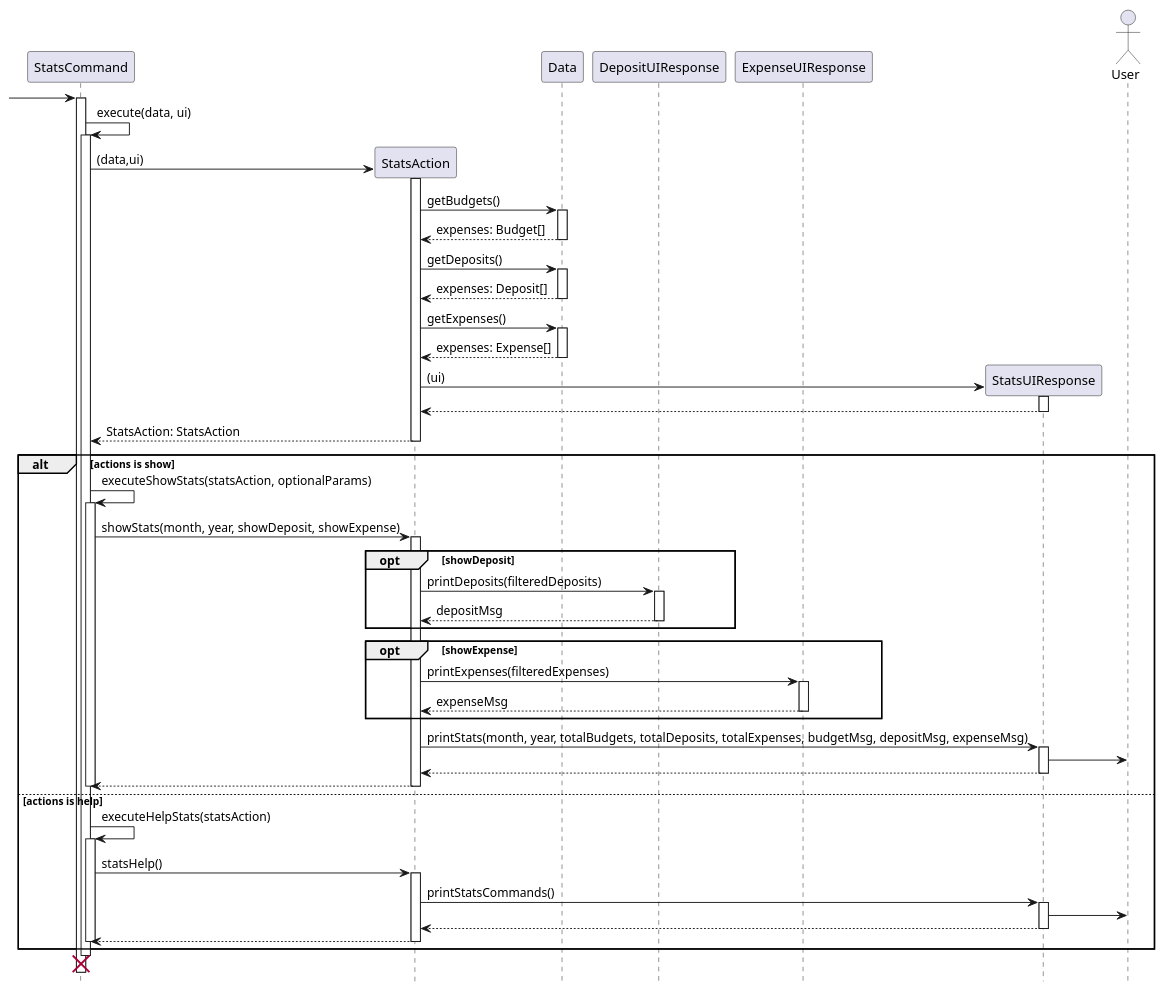
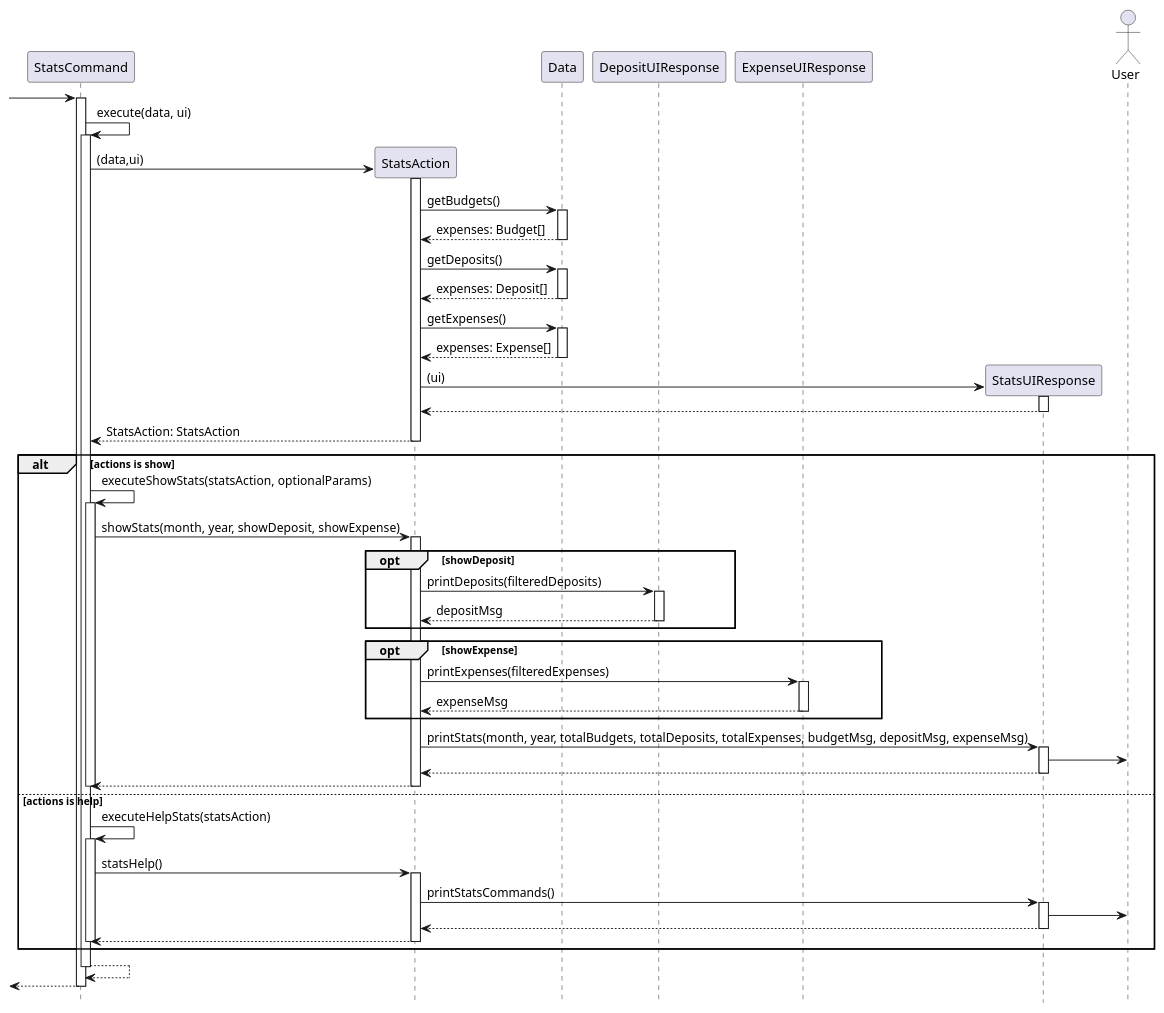
Before and after one commit to stephenkyang/tp: the diagram in docs/diagrams/StatsCommandSequence.puml, drawn with PlantUML. The commit also changed 7 other files, not shown here.

Commit message:
fix sequence diagrams

```diff
--- a/docs/diagrams/StatsCommandSequence.puml
+++ b/docs/diagrams/StatsCommandSequence.puml
@@ -1,85 +1,86 @@
 @startuml
 
 hide footbox
 
 participant StatsCommand
 participant StatsAction
 participant Data
 participant DepositUIResponse
 participant ExpenseUIResponse
 participant StatsUIResponse
 actor User
 
  -> "StatsCommand":
 
 activate "StatsCommand"
 "StatsCommand" -> "StatsCommand": execute(data, ui)
 activate  "StatsCommand"
 deactivate "Data"
 
 "StatsCommand" -> "StatsAction" ** : (data,ui)
 activate "StatsAction"
 
 "StatsAction" -> "Data": getBudgets()
 activate "Data"
 return expenses: Budget[]
 "StatsAction" -> "Data": getDeposits()
 activate "Data"
 return expenses: Deposit[]
 "StatsAction" -> "Data": getExpenses()
 activate "Data"
 return expenses: Expense[]
 
 "StatsAction" -> "StatsUIResponse" ** : (ui)
 activate "StatsUIResponse"
 "StatsUIResponse" --> "StatsAction"
 deactivate "StatsUIResponse"
 
 return StatsAction: StatsAction
 deactivate "StatsAction"
 
 
 alt actions is show
 "StatsCommand" -> "StatsCommand": executeShowStats(statsAction, optionalParams)
 activate "StatsCommand"
 "StatsCommand" -> "StatsAction" : showStats(month, year, showDeposit, showExpense)
 activate "StatsAction"
 
 opt showDeposit
 "StatsAction" -> "DepositUIResponse": printDeposits(filteredDeposits)
 activate "DepositUIResponse"
 return depositMsg
 end
 
 opt showExpense
 "StatsAction" -> "ExpenseUIResponse": printExpenses(filteredExpenses)
 activate "ExpenseUIResponse"
 return expenseMsg
 end
 
 "StatsAction" -> "StatsUIResponse" : printStats(month, year, totalBudgets, totalDeposits, totalExpenses, budgetMsg, depositMsg, expenseMsg)
 activate "StatsUIResponse"
 "StatsUIResponse" -> User
 return
 return
 
 deactivate "StatsCommand"
 
 else actions is help
 "StatsCommand" -> "StatsCommand": executeHelpStats(statsAction)
 activate "StatsCommand"
 "StatsCommand" -> "StatsAction" : statsHelp()
 activate "StatsAction"
 "StatsAction" -> "StatsUIResponse" : printStatsCommands()
 activate "StatsUIResponse"
 "StatsUIResponse" -> User
 return
 return
 
 deactivate "StatsCommand"
 end
+"StatsCommand" --> "StatsCommand"
 
-destroy "StatsCommand"
 deactivate "StatsCommand"
-
+<-- "StatsCommand"
+deactivate "StatsCommand"
 @enduml
```
